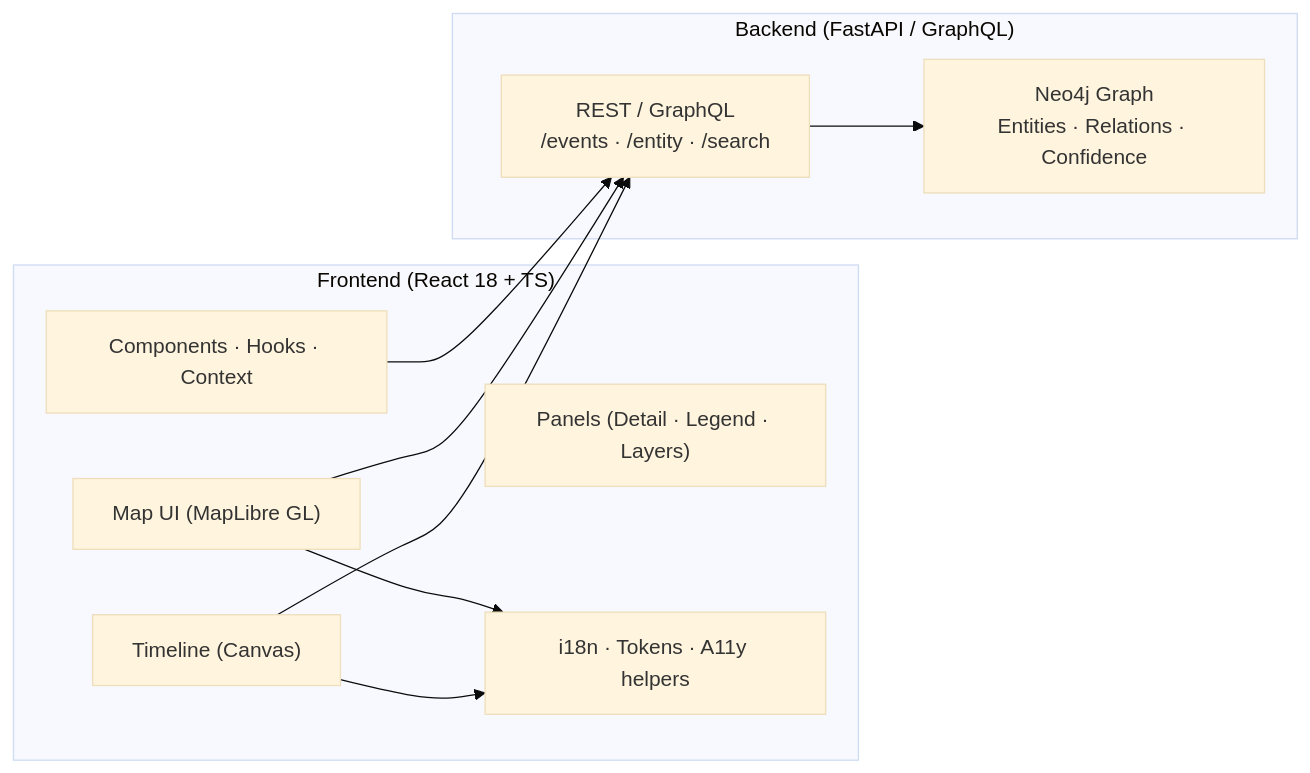
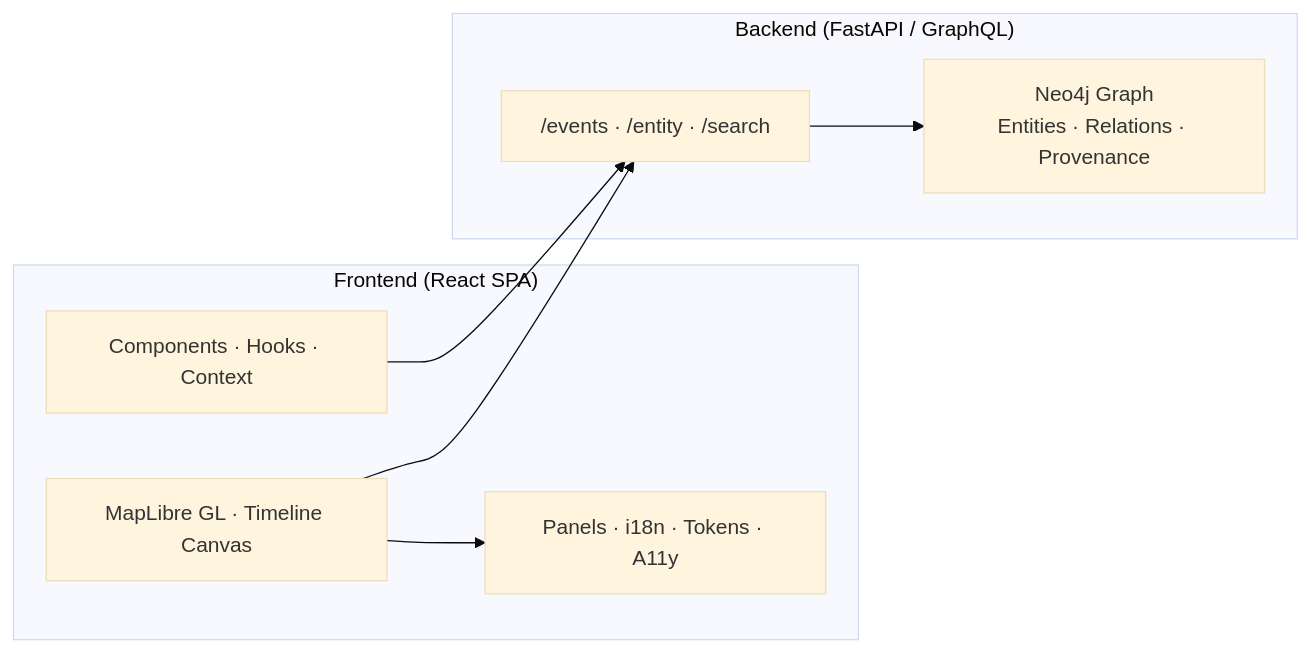
Before and after one commit to bartytime4life/Kansas-Frontier-Matrix: the diagram in docs/design/reviews/architecture/web_ui_architecture_review.md, drawn with Mermaid (base theme). The commit also changed other lines of this file, not shown here.

First line of the commit message:
Revise Web UI Architecture Review for clarity and updates

````diff
--- a/docs/design/reviews/architecture/web_ui_architecture_review.md
+++ b/docs/design/reviews/architecture/web_ui_architecture_review.md
@@ -101,22 +91,18 @@
 ```mermaid
 flowchart LR
-  subgraph Frontend ["Frontend (React 18 + TS)"]
+  subgraph Frontend ["Frontend (React SPA)"]
     A["Components · Hooks · Context"]
-    B["Map UI (MapLibre GL)"]
-    C["Timeline (Canvas)"]
-    D["Panels (Detail · Legend · Layers)"]
-    E["i18n · Tokens · A11y helpers"]
+    B["MapLibre GL · Timeline Canvas"]
+    C["Panels · i18n · Tokens · A11y"]
   end
 
   subgraph Backend ["Backend (FastAPI / GraphQL)"]
-    F["REST / GraphQL\n/events · /entity · /search"]
-    G["Neo4j Graph\nEntities · Relations · Confidence"]
+    D["/events · /entity · /search"]
+    E["Neo4j Graph\nEntities · Relations · Provenance"]
   end
 
-  A --> F
-  B --> F
-  C --> F
-  F --> G
-  B --> E
-  C --> E
+  A --> D
+  B --> D
+  D --> E
+  B --> C
 ```
````
